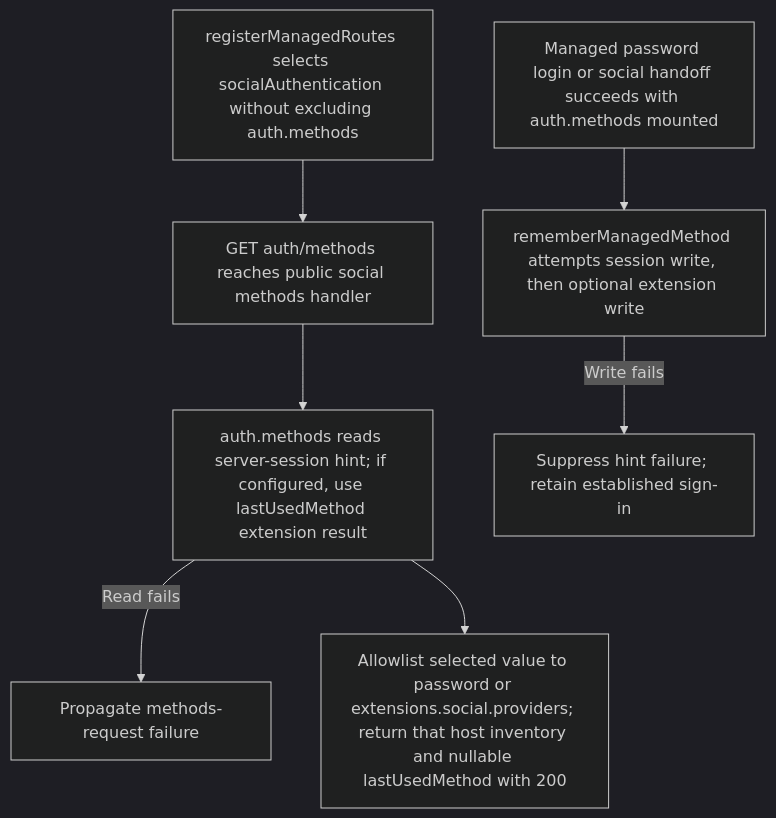
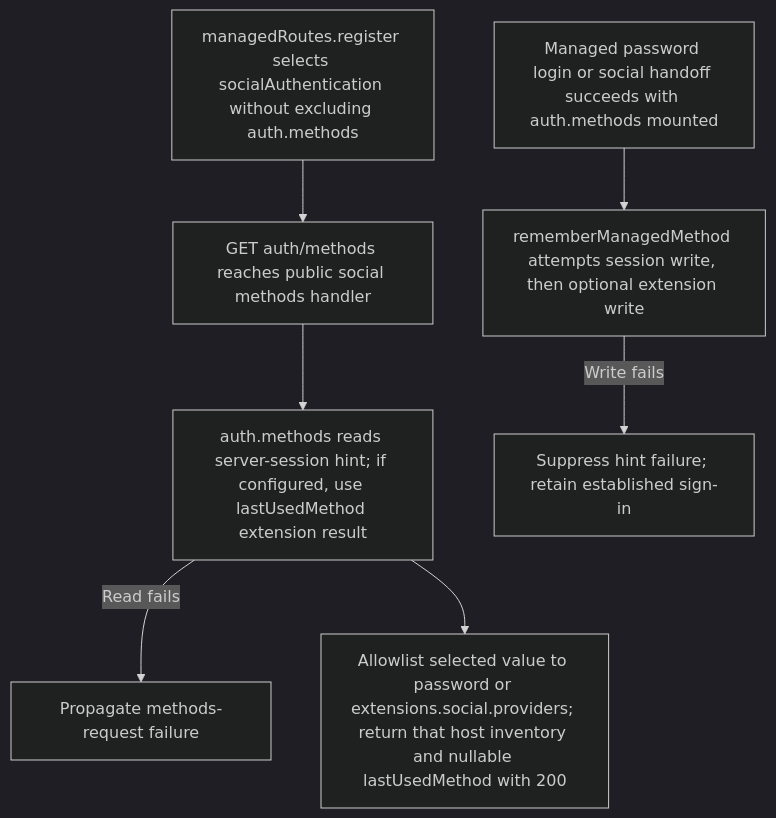
Before and after one commit to Kevinjohn/oss-adonisjs-account-kit: the second of 2 diagrams in user-stories/US-ACCOUNT-59-discover-authentication-methods.md, drawn with Mermaid (dark theme). The commit also changed 52 other files, not shown here.

First line of the commit message:
Record managed route registrations in a ManagedRoutes service the provider binds

````diff
--- a/user-stories/US-ACCOUNT-59-discover-authentication-methods.md
+++ b/user-stories/US-ACCOUNT-59-discover-authentication-methods.md
@@ -32,9 +32,9 @@
 ```mermaid
 flowchart TD
-    A["registerManagedRoutes selects socialAuthentication without excluding auth.methods"] --> B["GET auth/methods reaches public social methods handler"]
+    A["managedRoutes.register selects socialAuthentication without excluding auth.methods"] --> B["GET auth/methods reaches public social methods handler"]
     B --> D["auth.methods reads server-session hint; if configured, use lastUsedMethod extension result"]
     D -->|Read fails| X["Propagate methods-request failure"]
     D --> C["Allowlist selected value to password or extensions.social.providers; return that host inventory and nullable lastUsedMethod with 200"]
     P["Managed password login or social handoff succeeds with auth.methods mounted"] --> W["rememberManagedMethod attempts session write, then optional extension write"]
     W -->|Write fails| Y["Suppress hint failure; retain established sign-in"]
 ```
````
